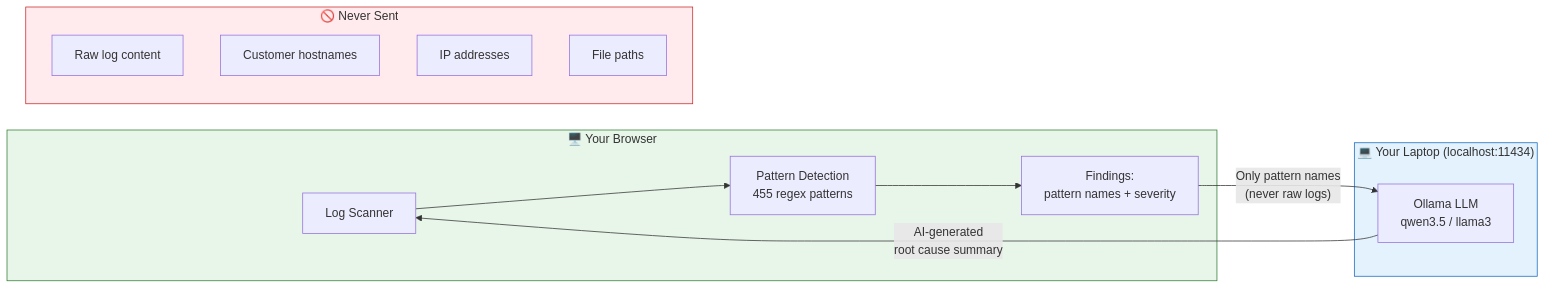
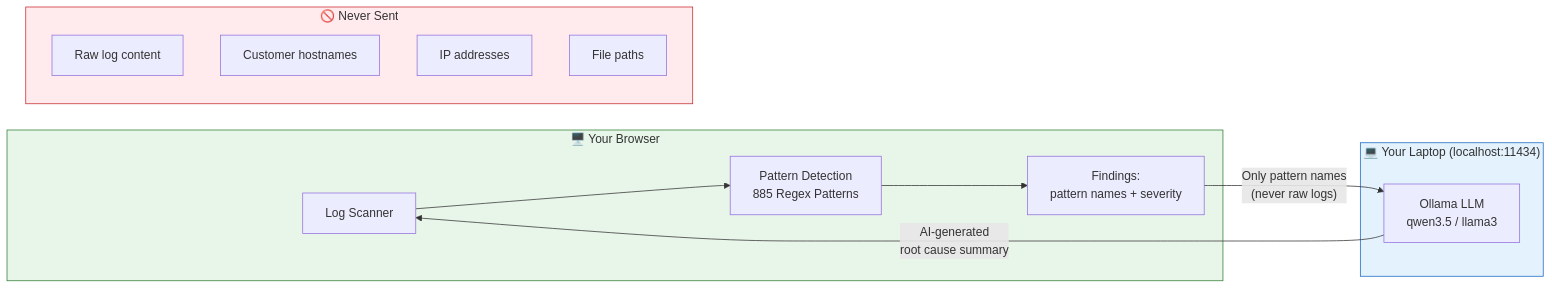
Diagram 14 of 17 in README.md (yadakrishna245/Log_analysis), drawn with Mermaid before and after one commit. The commit also changed other lines of this file, not shown here.

First line of the commit message:
docs: Fix README (885 patterns, 172 features) + add Docker support

````diff
--- a/README.md
+++ b/README.md
@@ -1160,25 +1160,25 @@
 ```mermaid
 flowchart LR
     subgraph BROWSER["🖥️ Your Browser"]
-        A[Log Scanner] --> B[Pattern Detection<br/>455 regex patterns]
+        A[Log Scanner] --> B[Pattern Detection<br/>885 Regex Patterns]
         B --> C[Findings:<br/>pattern names + severity]
     end
 
     subgraph LOCAL["💻 Your Laptop (localhost:11434)"]
         D[Ollama LLM<br/>qwen3.5 / llama3]
     end
 
     C -->|"Only pattern names<br/>(never raw logs)"| D
     D -->|"AI-generated<br/>root cause summary"| A
 
     subgraph NEVER["🚫 Never Sent"]
         E[Raw log content]
         F[Customer hostnames]
         G[IP addresses]
         H[File paths]
     end
 
     style BROWSER fill:#e8f5e9,stroke:#2e7d32
     style LOCAL fill:#e3f2fd,stroke:#1565c0
     style NEVER fill:#ffebee,stroke:#c62828
 ```
````
